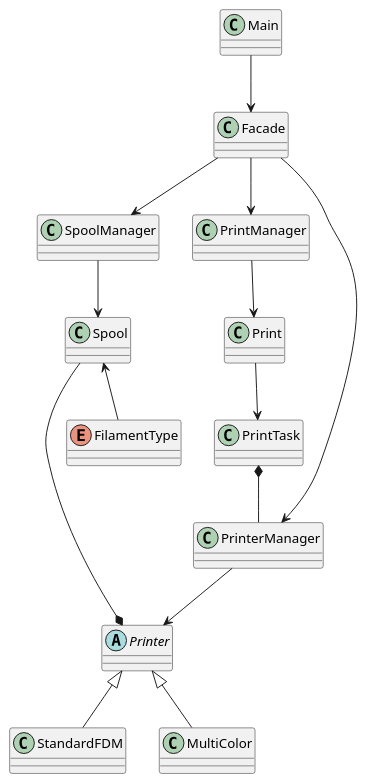
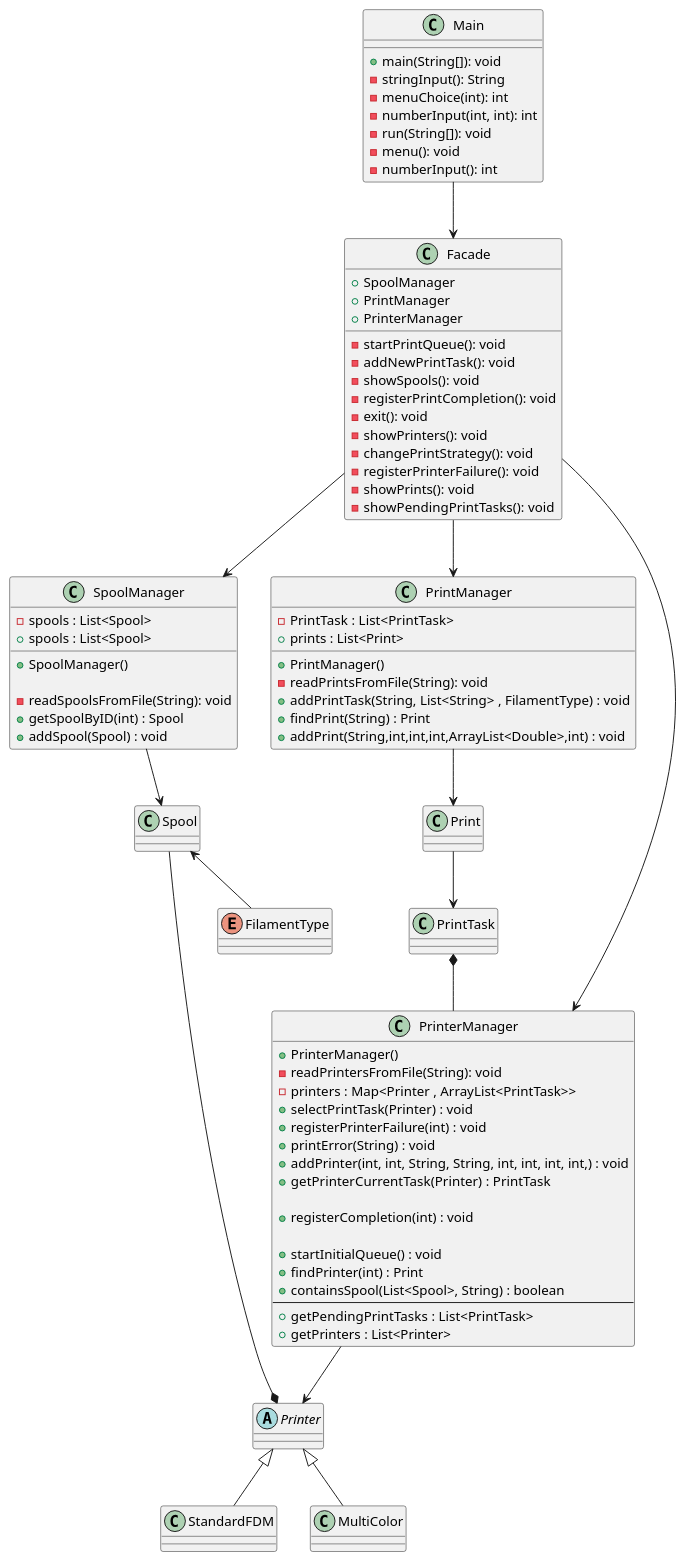
Before and after one commit to rtavares14/System-Design: the diagram in docs/Diagrams/Class Diagram 2.1 1part.puml, drawn with PlantUML.

Commit message:
Ivana take this ahahahahahahahahahahahah

```diff
--- a/docs/Diagrams/Class Diagram 2.1 1part.puml
+++ b/docs/Diagrams/Class Diagram 2.1 1part.puml
@@ -1,38 +1,98 @@
 @startuml
 'https://plantuml.com/sequence-diagram
 
-class Main{}
-class Facade{}
-class PrintManager{}
-class SpoolManager{}
-class PrinterManager{}
+class Main{
+    + main(String[]): void
+    - stringInput(): String
+    - menuChoice(int): int
+    - numberInput(int, int): int
+    - run(String[]): void
+    - menu(): void
+    - numberInput(): int
+    }
+
+class Facade{
+    +SpoolManager
+    +PrintManager
+    +PrinterManager
+    - startPrintQueue(): void
+    - addNewPrintTask(): void
+    - showSpools(): void
+    - registerPrintCompletion(): void
+    - exit(): void
+    - showPrinters(): void
+    - changePrintStrategy(): void
+    - registerPrinterFailure(): void
+    - showPrints(): void
+    - showPendingPrintTasks(): void
+}
+class PrintManager{
+ + PrintManager()
+    - readPrintsFromFile(String): void
+     - PrintTask : List<PrintTask>
+      + addPrintTask(String, List<String> , FilamentType) : void
+        + findPrint(String) : Print
+          + addPrint(String,int,int,int,ArrayList<Double>,int) : void
+            + prints : List<Print>
+
+}
+class SpoolManager{
+       + SpoolManager()
+
+    - readSpoolsFromFile(String): void
+      - spools : List<Spool>
+        + getSpoolByID(int) : Spool
+          + addSpool(Spool) : void
+              + spools : List<Spool>
+
+
+}
+class PrinterManager{
+       + PrinterManager()
+    - readPrintersFromFile(String): void
+    - printers : Map<Printer , ArrayList<PrintTask>>
+  + selectPrintTask(Printer) : void
+  + registerPrinterFailure(int) : void
+  + printError(String) : void
+  + addPrinter(int, int, String, String, int, int, int, int,) : void
+  + getPrinterCurrentTask(Printer) : PrintTask
+
+  + registerCompletion(int) : void
+
+ + startInitialQueue() : void
+  + findPrinter(int) : Print
+  + containsSpool(List<Spool>, String) : boolean
+--
+  + getPendingPrintTasks : List<PrintTask>
+  + getPrinters : List<Printer>
+}
 abstract class Printer{}
 class Spool{}
 class Print{}
 class StandardFDM{}
 class MultiColor{}
 class PrintTask{}
 enum FilamentType{}
 
 
 Main -down-> Facade
 
 Facade -down-> SpoolManager
 SpoolManager -down-> Spool
 Spool <-- FilamentType
 Spool --* Printer
 
 Facade -down-> PrintManager
 PrintManager -down-> Print
 Print -down-> PrintTask
 PrintTask *-- PrinterManager
 
 Facade -down-> PrinterManager
 PrinterManager -down-> Printer
 Printer <|-- StandardFDM
 Printer <|-- MultiColor
 
 
 
 
 @enduml
```
